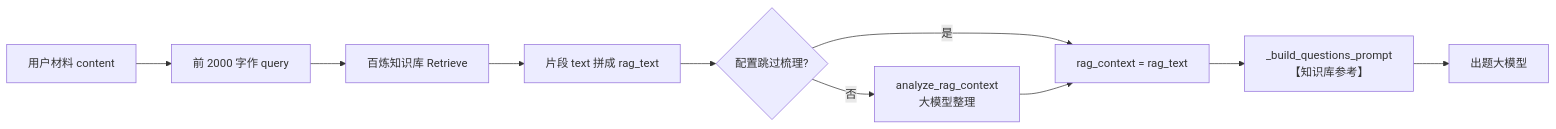
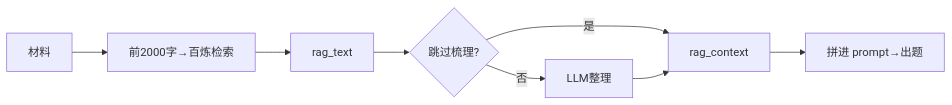
The seventh of 9 diagrams in docs/architecture.md (lazy233/lumist_examAgent_backend), drawn with Mermaid before and after one commit. The commit also changed other lines of this file, not shown here.

Commit message:
docs: 浓缩架构文档中的 Mermaid 图

````diff
--- a/docs/architecture.md
+++ b/docs/architecture.md
@@ -353,12 +204,9 @@
 ```mermaid
 flowchart LR
-    A[用户材料 content] --> B[前 2000 字作 query]
-    B --> C[百炼知识库 Retrieve]
-    C --> D[片段 text 拼成 rag_text]
-    D --> E{配置跳过梳理?}
-    E -->|是| F[rag_context = rag_text]
-    E -->|否| G[analyze_rag_context\n大模型整理]
-    G --> F
-    F --> H[_build_questions_prompt\n【知识库参考】]
-    H --> I[出题大模型]
+    A[材料] --> B[前2000字→百炼检索]
+    B --> C[rag_text]
+    C --> D{跳过梳理?}
+    D -->|是| E[rag_context]
+    D -->|否| F[LLM整理] --> E
+    E --> G[拼进 prompt→出题]
 ```
````
